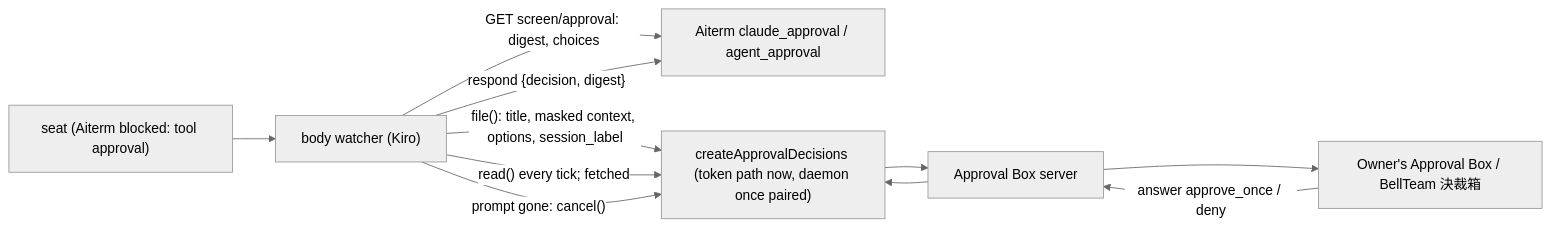
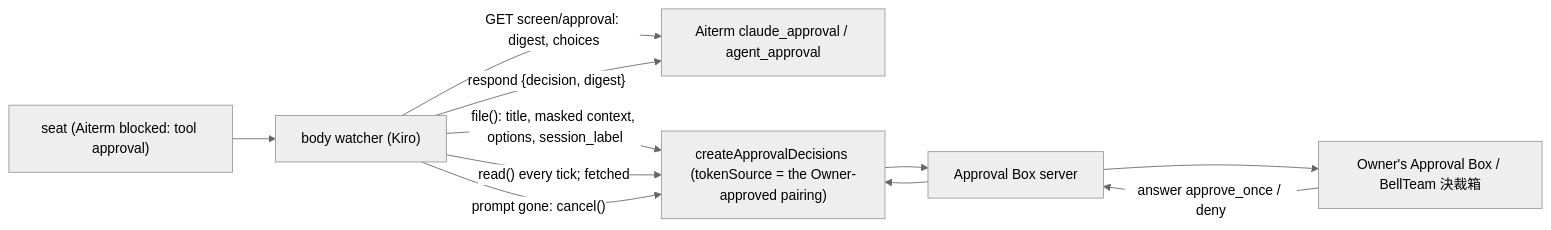
Before and after one commit to kitepon/BellTeam: the third of 3 diagrams in docs/architecture/modules/approval-box-extension/seat-approval-card.md, drawn with Mermaid (neutral theme). The commit also changed other lines of this file, not shown here.

Commit message:
seat-approval-card: the body pairs once by the Owner's QR scan (pair --json /v1 mode); pairing view, routes, owners

````diff
--- a/docs/architecture/modules/approval-box-extension/seat-approval-card.md
+++ b/docs/architecture/modules/approval-box-extension/seat-approval-card.md
@@ -55,11 +113,11 @@
 ```mermaid
 flowchart LR
   Seat["seat (Aiterm blocked: tool approval)"] --> Watch["body watcher (Kiro)"]
   Watch -->|"GET screen/approval: digest, choices"| Aiterm["Aiterm claude_approval / agent_approval"]
-  Watch -->|"file(): title, masked context, options, session_label"| Door["createApprovalDecisions (token path now, daemon once paired)"]
+  Watch -->|"file(): title, masked context, options, session_label"| Door["createApprovalDecisions (tokenSource = the Owner-approved pairing)"]
   Door --> Server["Approval Box server"] --> Phone["Owner's Approval Box / BellTeam 決裁箱"]
   Phone -->|"answer approve_once / deny"| Server --> Door
   Watch -->|"read() every tick; fetched"| Door
   Watch -->|"respond {decision, digest}"| Aiterm
   Watch -->|"prompt gone: cancel()"| Door
 ```
````
